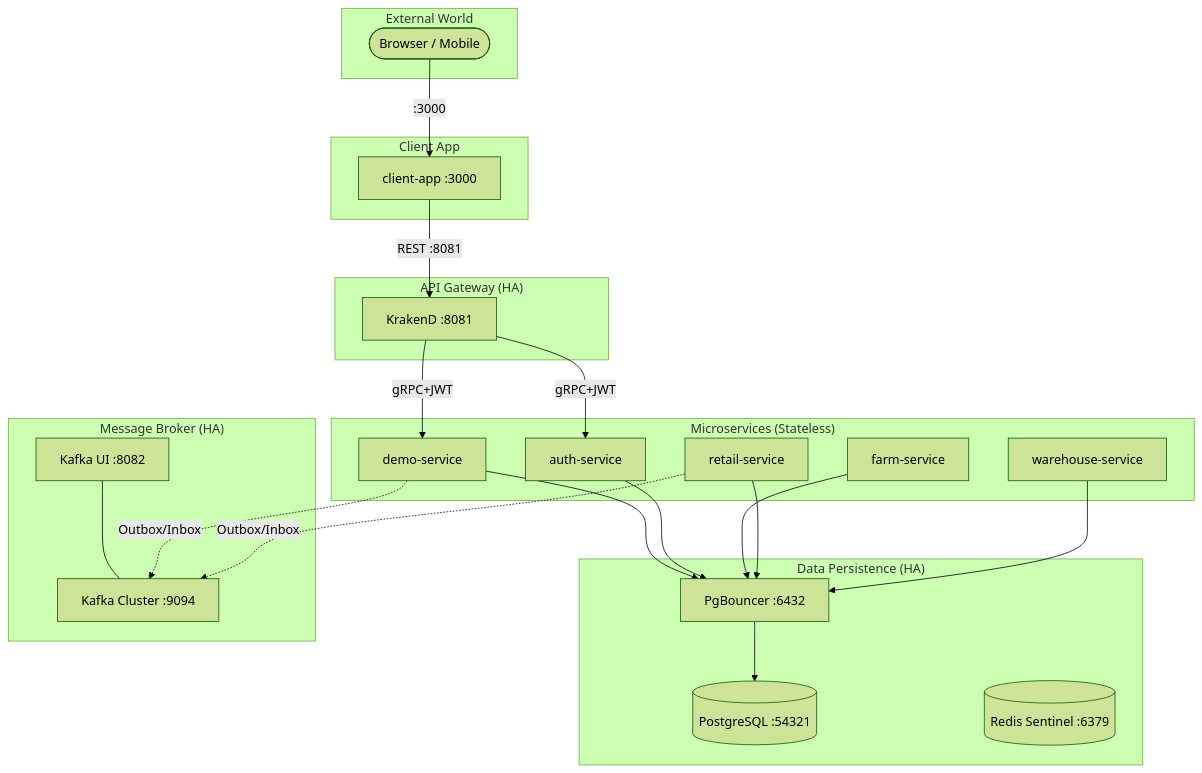
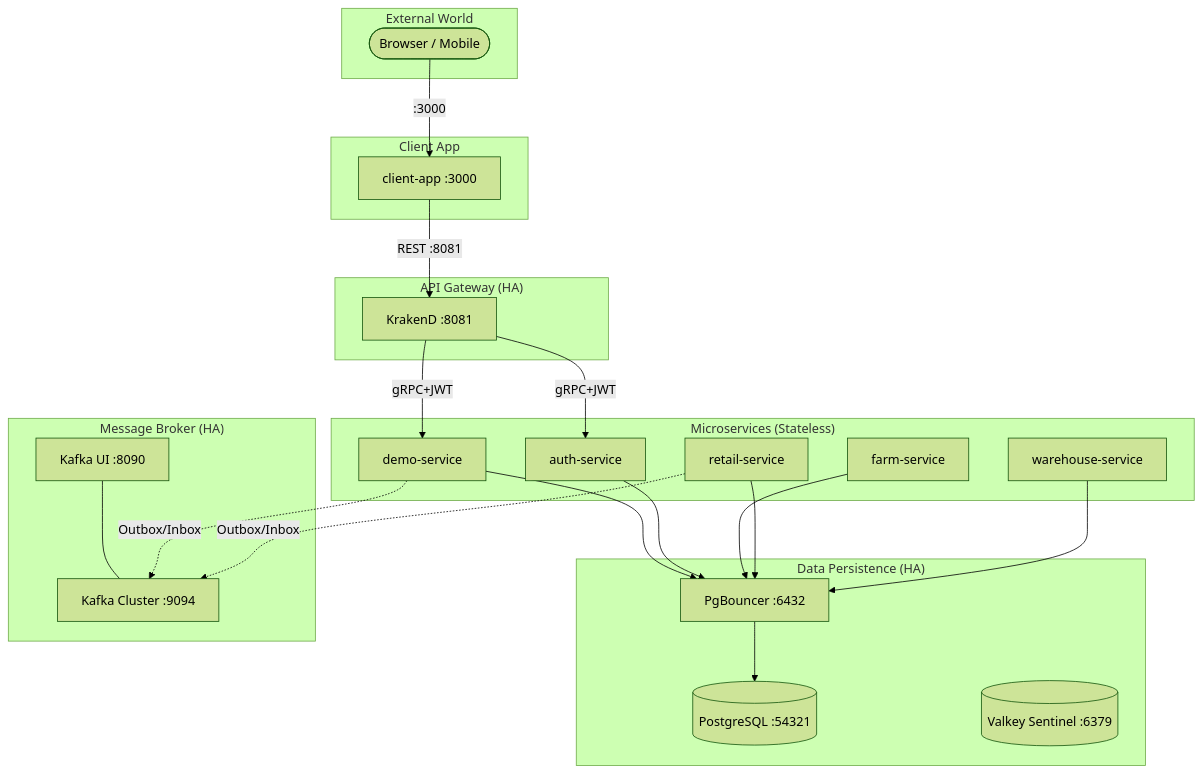
The diagram in docs/architecture/01_system_blueprint.md (dungxbuif/RuntimeRoasters), drawn with Mermaid (forest theme) before and after one commit. The commit also changed other lines of this file and 202 other files, not shown here.

Commit message:
feat: integrate Ory Hydra for login flow, update fonts, and add Air configurations

````diff
--- a/docs/architecture/01_system_blueprint.md
+++ b/docs/architecture/01_system_blueprint.md
@@ -33,47 +33,47 @@
 ```mermaid
 graph TB
     subgraph "External World"
         Browser([Browser / Mobile])
     end
 
     subgraph "Client App"
         CA[client-app :3000]
     end
 
     subgraph "API Gateway (HA)"
         GW[KrakenD :8081]
     end
 
     subgraph "Microservices (Stateless)"
         DS[demo-service]
         AS[auth-service]
         FS[farm-service]
         RS[retail-service]
         WS[warehouse-service]
     end
 
     subgraph "Data Persistence (HA)"
         PB[PgBouncer :6432]
         PG[(PostgreSQL :54321)]
-        RD[(Redis Sentinel :6379)]
+        RD[(Valkey Sentinel :6379)]
         PB --> PG
     end
 
     subgraph "Message Broker (HA)"
         KF[Kafka Cluster :9094]
-        KUI[Kafka UI :8082]
+        KUI[Kafka UI :8090]
         KUI --- KF
     end
 
     Browser -->|:3000| CA
     CA -->|REST :8081| GW
     GW -->|gRPC+JWT| DS
     GW -->|gRPC+JWT| AS
     DS --> PB
     AS --> PB
     FS --> PB
     RS --> PB
     WS --> PB
     DS -.->|Outbox/Inbox| KF
     RS -.->|Outbox/Inbox| KF
 ```
````
